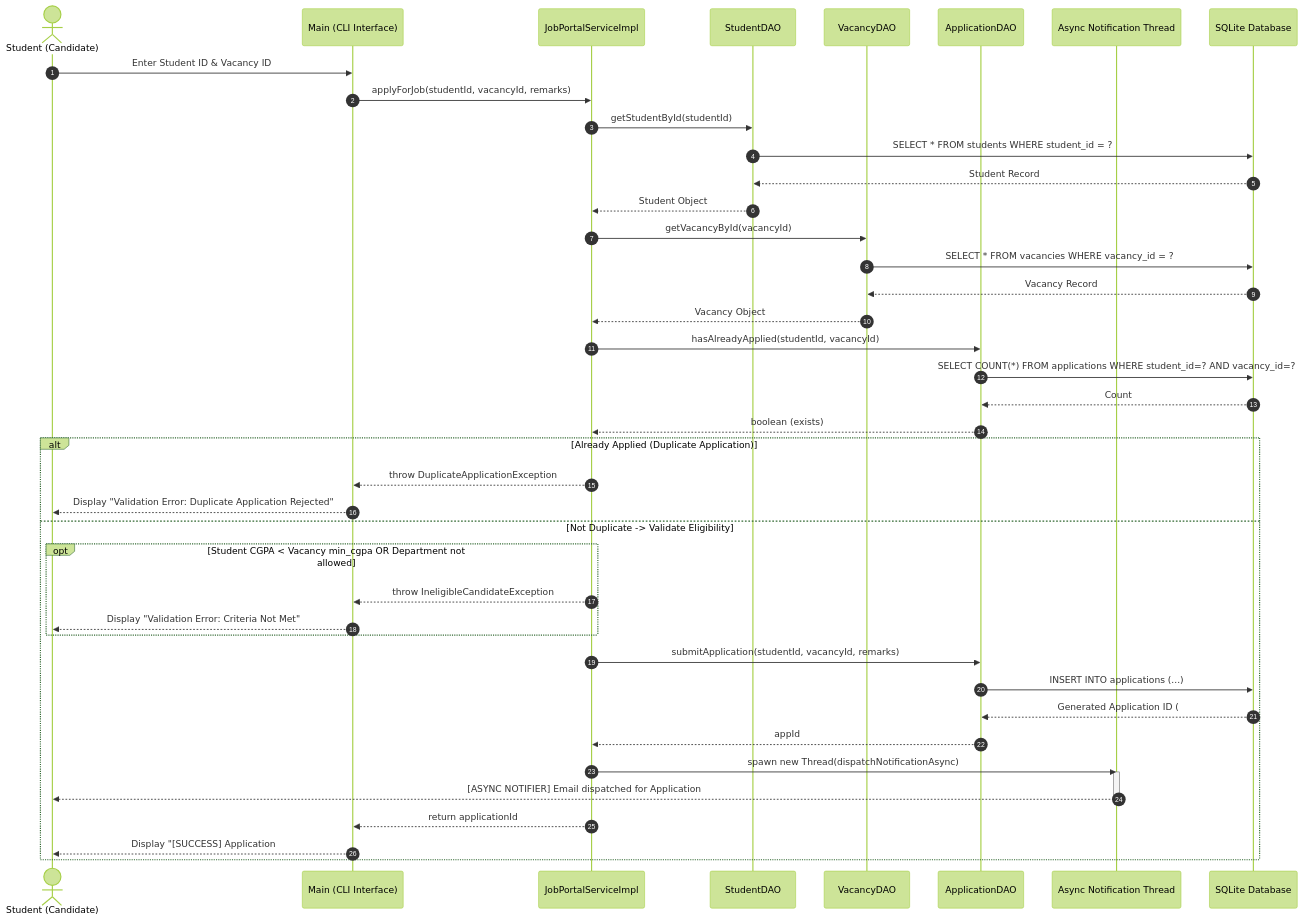
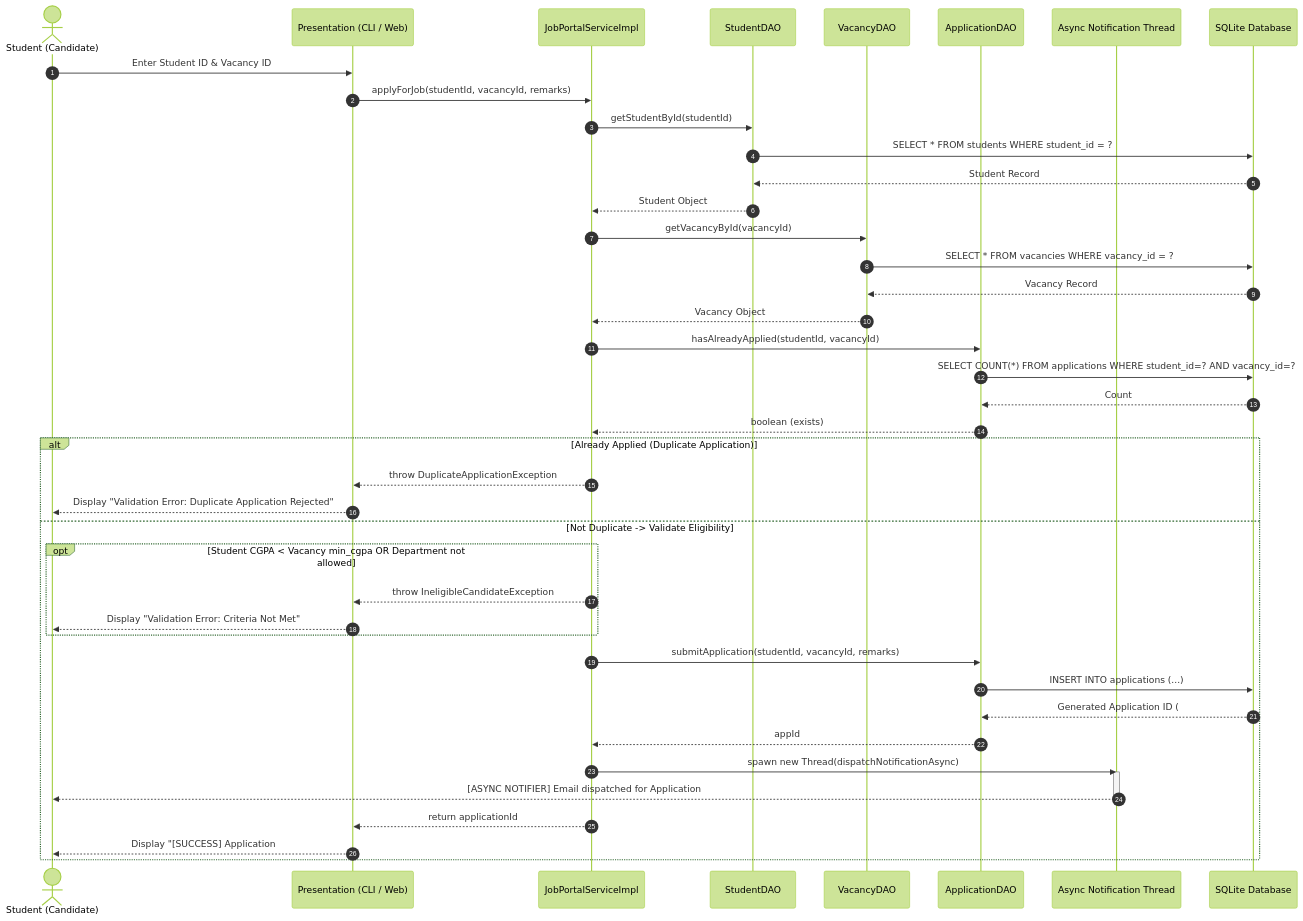
The sixth of 10 diagrams in docs/DESIGN_DIAGRAMS.md (kjdharani86-hash/online-job-portal-trend-analysis), drawn with Mermaid (forest theme) before and after one commit. The commit also changed other lines of this file and 2 other files, not shown here.

Commit message:
docs: expand complete Software Engineering diagrams suite (12 diagrams across all units)

````diff
--- a/docs/DESIGN_DIAGRAMS.md
+++ b/docs/DESIGN_DIAGRAMS.md
@@ -291,53 +381,53 @@
 ```mermaid
 sequenceDiagram
     autonumber
     actor Student as Student (Candidate)
-    participant UI as Main (CLI Interface)
+    participant UI as Presentation (CLI / Web)
     participant SVC as JobPortalServiceImpl
     participant S_DAO as StudentDAO
     participant V_DAO as VacancyDAO
     participant A_DAO as ApplicationDAO
     participant Notifier as Async Notification Thread
     participant DB as SQLite Database
 
     Student->>UI: Enter Student ID & Vacancy ID
     UI->>SVC: applyForJob(studentId, vacancyId, remarks)
     
     SVC->>S_DAO: getStudentById(studentId)
     S_DAO->>DB: SELECT * FROM students WHERE student_id = ?
     DB-->>S_DAO: Student Record
     S_DAO-->>SVC: Student Object
 
     SVC->>V_DAO: getVacancyById(vacancyId)
     V_DAO->>DB: SELECT * FROM vacancies WHERE vacancy_id = ?
     DB-->>V_DAO: Vacancy Record
     V_DAO-->>SVC: Vacancy Object
 
     SVC->>A_DAO: hasAlreadyApplied(studentId, vacancyId)
     A_DAO->>DB: SELECT COUNT(*) FROM applications WHERE student_id=? AND vacancy_id=?
     DB-->>A_DAO: Count
     A_DAO-->>SVC: boolean (exists)
 
     alt Already Applied (Duplicate Application)
         SVC-->>UI: throw DuplicateApplicationException
         UI-->>Student: Display "Validation Error: Duplicate Application Rejected"
     else Not Duplicate -> Validate Eligibility
         opt Student CGPA < Vacancy min_cgpa OR Department not allowed
             SVC-->>UI: throw IneligibleCandidateException
             UI-->>Student: Display "Validation Error: Criteria Not Met"
         end
         
         SVC->>A_DAO: submitApplication(studentId, vacancyId, remarks)
         A_DAO->>DB: INSERT INTO applications (...)
         DB-->>A_DAO: Generated Application ID (#appId)
         A_DAO-->>SVC: appId
 
         SVC->>Notifier: spawn new Thread(dispatchNotificationAsync)
         activate Notifier
         Notifier-->>Student: [ASYNC NOTIFIER] Email dispatched for Application #appId
         deactivate Notifier
 
         SVC-->>UI: return applicationId
         UI-->>Student: Display "[SUCCESS] Application #appId registered successfully"
     end
 ```
````
